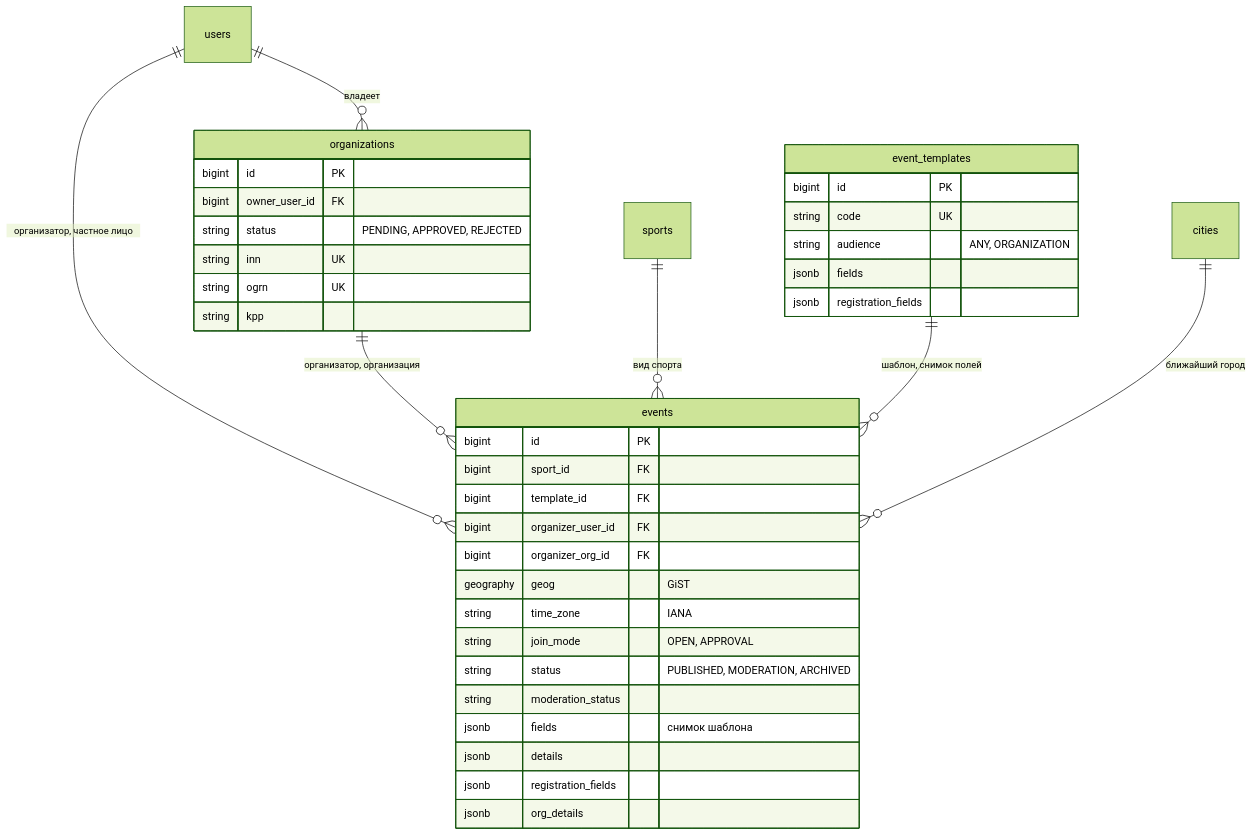
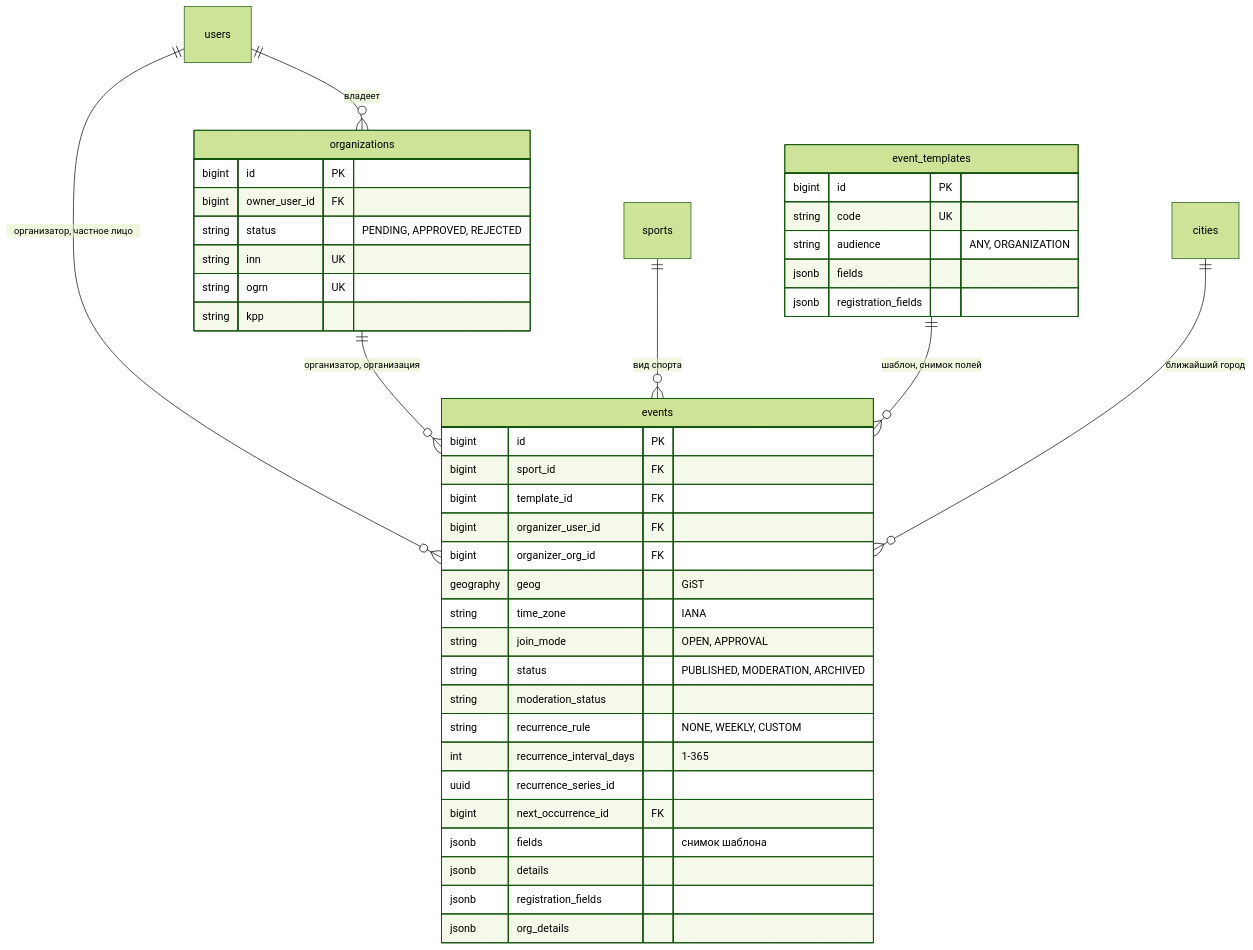
Before and after one commit to Re-Hub-TUSUR/fsp_finals_2026: the first of 3 diagrams in docs-zensical/docs/technical/data-model.md, drawn with Mermaid (forest theme). The commit also changed other lines of this file and 31 other files, not shown here.

Commit message:
docs: refresh READMEs, architecture, Swagger and PDF for waitlist, notifications, reminders, recurring events and onboarding

````diff
--- a/docs-zensical/docs/technical/data-model.md
+++ b/docs-zensical/docs/technical/data-model.md
@@ -11,41 +11,45 @@
 ```mermaid
 erDiagram
     users ||--o{ organizations : "владеет"
     users ||--o{ events : "организатор, частное лицо"
     organizations ||--o{ events : "организатор, организация"
     sports ||--o{ events : "вид спорта"
     event_templates ||--o{ events : "шаблон, снимок полей"
     cities ||--o{ events : "ближайший город"
 
     organizations {
         bigint id PK
         bigint owner_user_id FK
         string status "PENDING, APPROVED, REJECTED"
         string inn UK
         string ogrn UK
         string kpp
     }
     events {
         bigint id PK
         bigint sport_id FK
         bigint template_id FK
         bigint organizer_user_id FK
         bigint organizer_org_id FK
         geography geog "GiST"
         string time_zone "IANA"
         string join_mode "OPEN, APPROVAL"
         string status "PUBLISHED, MODERATION, ARCHIVED"
         string moderation_status
+        string recurrence_rule "NONE, WEEKLY, CUSTOM"
+        int recurrence_interval_days "1-365"
+        uuid recurrence_series_id
+        bigint next_occurrence_id FK
         jsonb fields "снимок шаблона"
         jsonb details
         jsonb registration_fields
         jsonb org_details
     }
     event_templates {
         bigint id PK
         string code UK
         string audience "ANY, ORGANIZATION"
         jsonb fields
         jsonb registration_fields
     }
 ```
````
